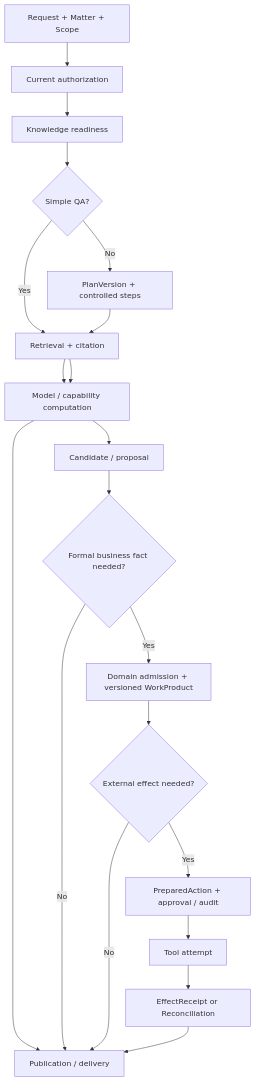
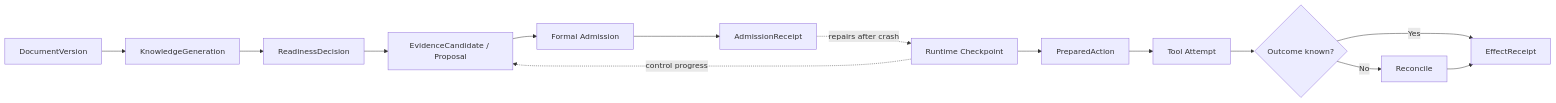
The third of 6 diagrams in docs/architecture/architecture-views.md (ProfessorZhi/Zuno), drawn with Mermaid before and after one commit. The commit also changed other lines of this file and 7 other files, not shown here.

First line of the commit message:
docs: redesign architecture around fact authority and recovery

````diff
--- a/docs/architecture/architecture-views.md
+++ b/docs/architecture/architecture-views.md
@@ -93,26 +59,23 @@
 ```mermaid
-flowchart TB
-  START[Request + Matter + Scope]
-  AUTH[Current authorization]
-  READY[Knowledge readiness]
-  SIMPLE{Simple QA?}
-  RETRIEVE[Retrieval + citation]
-  MODEL[Model / capability computation]
-  PLAN[PlanVersion + controlled steps]
-  PROPOSAL[Candidate / proposal]
-  ADMIT{Formal business fact needed?}
-  DOMAIN[Domain admission + versioned WorkProduct]
-  EFFECT{External effect needed?}
-  PREP[PreparedAction + approval / audit]
-  EXEC[Tool attempt]
-  CONFIRM[EffectReceipt or Reconciliation]
-  PUBLISH[Publication / delivery]
+flowchart LR
+  DOC[DocumentVersion]
+  KG[KnowledgeGeneration]
+  READY[ReadinessDecision]
+  CAND[EvidenceCandidate / Proposal]
+  ADMIT[Formal Admission]
+  RECEIPT[AdmissionReceipt]
+  RUN[Runtime Checkpoint]
+  PREP[PreparedAction]
+  TRY[Tool Attempt]
+  UNKNOWN{Outcome known?}
+  EFFECT[EffectReceipt]
+  RECON[Reconcile]
 
-  START --> AUTH --> READY --> SIMPLE
-  SIMPLE -->|Yes| RETRIEVE --> MODEL --> PUBLISH
-  SIMPLE -->|No| PLAN --> RETRIEVE --> MODEL --> PROPOSAL --> ADMIT
-  ADMIT -->|No| PUBLISH
-  ADMIT -->|Yes| DOMAIN --> EFFECT
-  EFFECT -->|No| PUBLISH
-  EFFECT -->|Yes| PREP --> EXEC --> CONFIRM --> PUBLISH
+  DOC --> KG --> READY
+  READY --> CAND --> ADMIT --> RECEIPT
+  RUN -. control progress .-> CAND
+  RECEIPT -. repairs after crash .-> RUN
+  RUN --> PREP --> TRY --> UNKNOWN
+  UNKNOWN -->|Yes| EFFECT
+  UNKNOWN -->|No| RECON --> EFFECT
 ```
````
